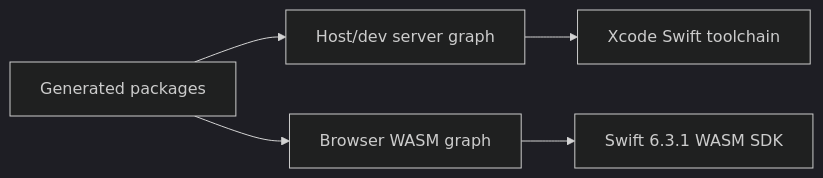
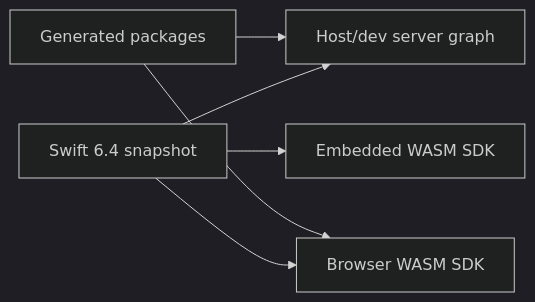
Before and after one commit to 1amageek/swift-web: the second of 5 diagrams in README.md, drawn with Mermaid (dark theme). The commit also changed other lines of this file and 32 other files, not shown here.

Commit message:
Adopt Swift 6.4 toolchain

````diff
--- a/README.md
+++ b/README.md
@@ -106,7 +107,8 @@
 ```mermaid
 flowchart LR
-  A["Host/dev server graph"] --> B["Xcode Swift toolchain"]
-  C["Browser WASM graph"] --> D["Swift 6.3.1 WASM SDK"]
-  E["Generated packages"] --> A
+  A["Swift 6.4 snapshot"] --> B["Host/dev server graph"]
+  A --> C["Browser WASM SDK"]
+  A --> D["Embedded WASM SDK"]
+  E["Generated packages"] --> B
   E --> C
 ```
````
